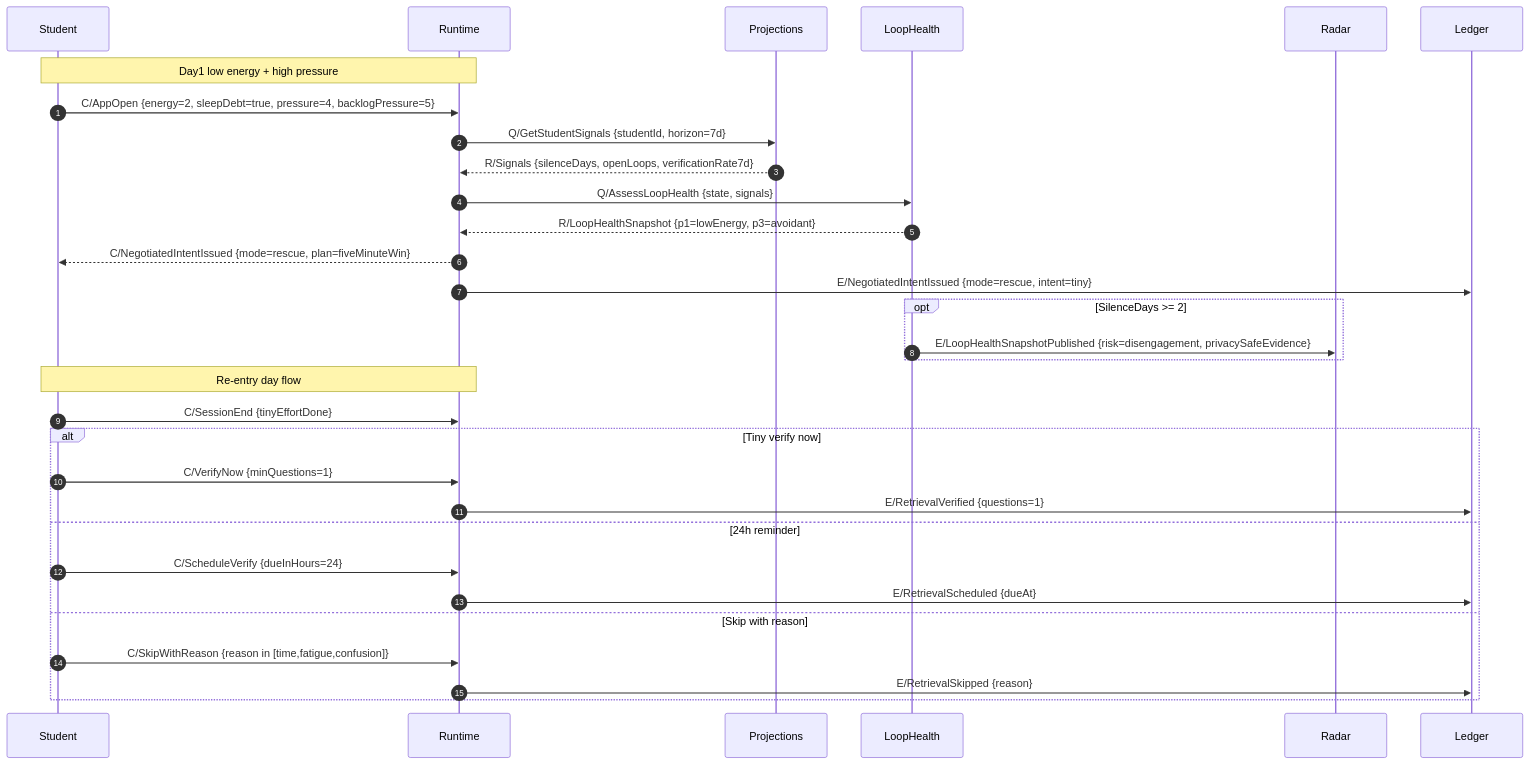
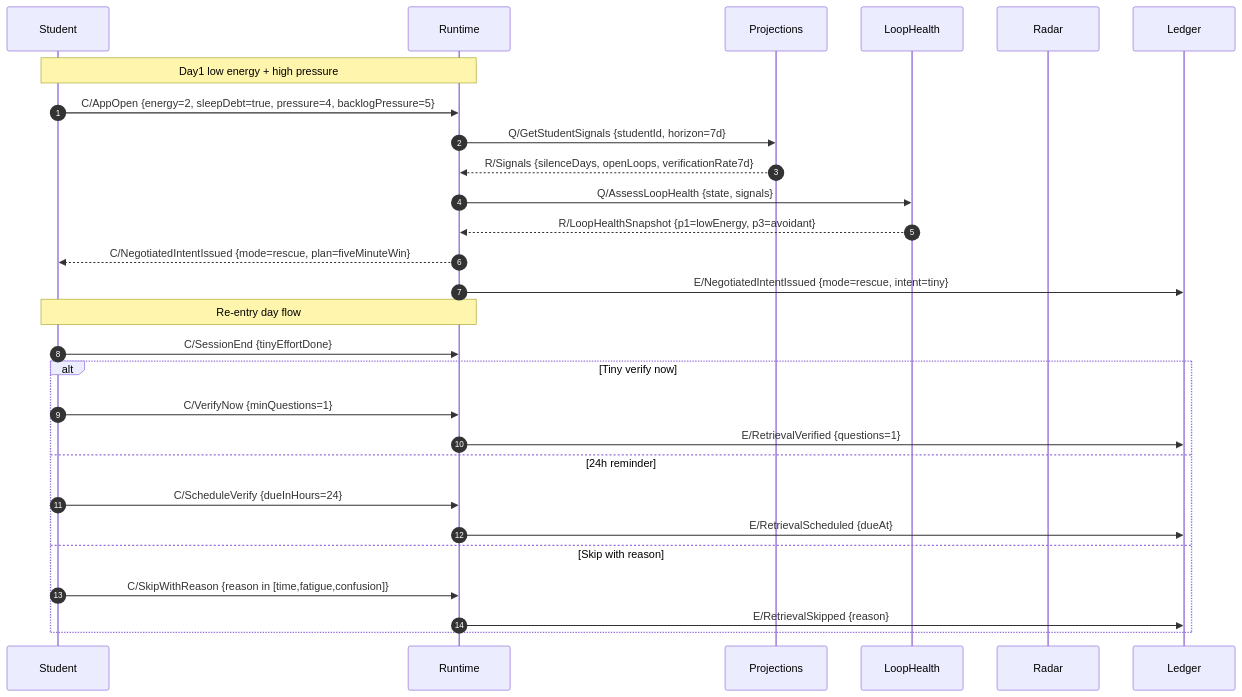
Before and after one commit to Mukul1312/ELI: the second of 3 diagrams in docs/strategic-design/05-domain-message-flows-storyboards.md, drawn with Mermaid. The commit also changed other lines of this file and 31 other files, not shown here.

````diff
--- a/docs/strategic-design/05-domain-message-flows-storyboards.md
+++ b/docs/strategic-design/05-domain-message-flows-storyboards.md
@@ -79,36 +79,32 @@
 ```mermaid
 sequenceDiagram
     autonumber
     participant Student
     participant Runtime
     participant Projections
     participant LoopHealth
     participant Radar
     participant Ledger
 
     Note over Student,Runtime: Day1 low energy + high pressure
     Student->>Runtime: C/AppOpen {energy=2, sleepDebt=true, pressure=4, backlogPressure=5}
     Runtime->>Projections: Q/GetStudentSignals {studentId, horizon=7d}
     Projections-->>Runtime: R/Signals {silenceDays, openLoops, verificationRate7d}
     Runtime->>LoopHealth: Q/AssessLoopHealth {state, signals}
     LoopHealth-->>Runtime: R/LoopHealthSnapshot {p1=lowEnergy, p3=avoidant}
     Runtime-->>Student: C/NegotiatedIntentIssued {mode=rescue, plan=fiveMinuteWin}
     Runtime->>Ledger: E/NegotiatedIntentIssued {mode=rescue, intent=tiny}
 
-    opt SilenceDays >= 2
-        LoopHealth->>Radar: E/LoopHealthSnapshotPublished {risk=disengagement, privacySafeEvidence}
-    end
-
     Note over Student,Runtime: Re-entry day flow
     Student->>Runtime: C/SessionEnd {tinyEffortDone}
     alt Tiny verify now
         Student->>Runtime: C/VerifyNow {minQuestions=1}
         Runtime->>Ledger: E/RetrievalVerified {questions=1}
     else 24h reminder
         Student->>Runtime: C/ScheduleVerify {dueInHours=24}
         Runtime->>Ledger: E/RetrievalScheduled {dueAt}
     else Skip with reason
         Student->>Runtime: C/SkipWithReason {reason in [time,fatigue,confusion]}
         Runtime->>Ledger: E/RetrievalSkipped {reason}
     end
 ```
````
